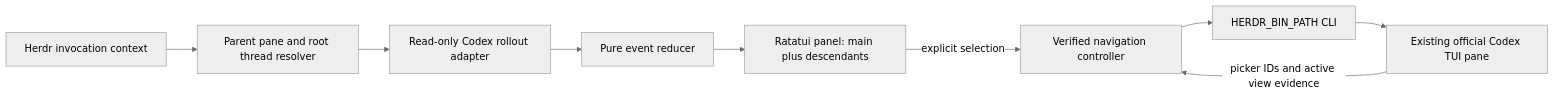
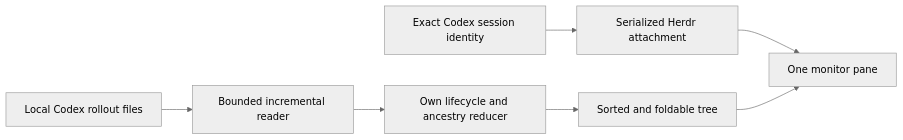
One commit to sm-steel/herdr-codex-subagents-rs changed the diagram in docs/design.md. Above: the diagram before and after it, drawn with Mermaid (neutral theme). The commit also changed other lines of this file and 54 other files, not shown here.

First line of the commit message:
feat: add Codex subagent monitoring and user installers for Herdr

````diff
--- a/docs/design.md
+++ b/docs/design.md
@@ -45,11 +34,9 @@
 ```mermaid
 flowchart LR
-    context[Herdr invocation context] --> resolver[Parent pane and root thread resolver]
-    resolver --> reader[Read-only Codex rollout adapter]
-    reader --> reducer[Pure event reducer]
-    reducer --> panel[Ratatui panel: main plus descendants]
-    panel -->|explicit selection| navigation[Verified navigation controller]
-    navigation --> cli[HERDR_BIN_PATH CLI]
-    cli --> tui[Existing official Codex TUI pane]
-    tui -->|picker IDs and active view evidence| navigation
+    identity[Exact Codex session identity] --> attach[Serialized Herdr attachment]
+    attach --> panel[One monitor pane]
+    logs[Local Codex rollout files] --> adapter[Bounded incremental reader]
+    adapter --> reducer[Own lifecycle and ancestry reducer]
+    reducer --> view[Sorted and foldable tree]
+    view --> panel
 ```
````
